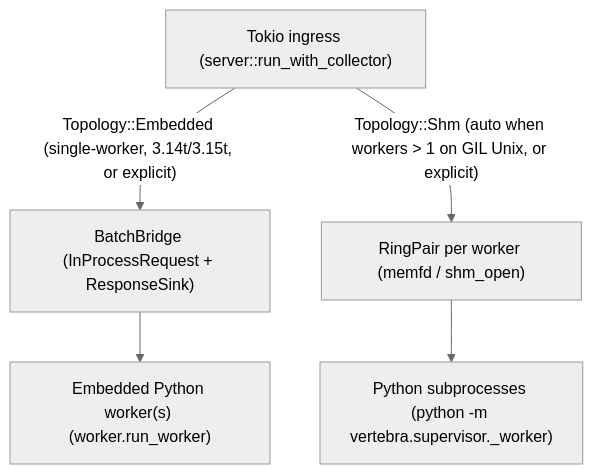
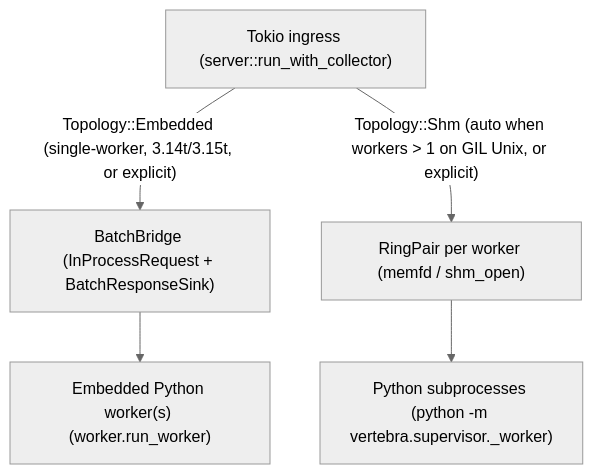
Before and after one commit to cofin/vertebra: the diagram in .agents/bundles/knowledge/architecture/runtime/topologies-and-embedding.md, drawn with Mermaid (neutral theme). The commit also changed other lines of this file and 317 other files, not shown here.

````diff
--- a/.agents/bundles/knowledge/architecture/runtime/topologies-and-embedding.md
+++ b/.agents/bundles/knowledge/architecture/runtime/topologies-and-embedding.md
@@ -64,8 +65,8 @@
 ```mermaid
 flowchart TD
     Ingress["Tokio ingress (server::run_with_collector)"]
-    Ingress -->|"Topology::Embedded (single-worker, 3.14t/3.15t, or explicit)"| Bridge["BatchBridge (InProcessRequest + ResponseSink)"]
+    Ingress -->|"Topology::Embedded (single-worker, 3.14t/3.15t, or explicit)"| Bridge["BatchBridge (InProcessRequest + BatchResponseSink)"]
     Ingress -->|"Topology::Shm (auto when workers > 1 on GIL Unix, or explicit)"| Shm["RingPair per worker (memfd / shm_open)"]
     Bridge --> PyThread["Embedded Python worker(s) (worker.run_worker)"]
     Shm --> PySub["Python subprocesses (python -m vertebra.supervisor._worker)"]
 ```
````
